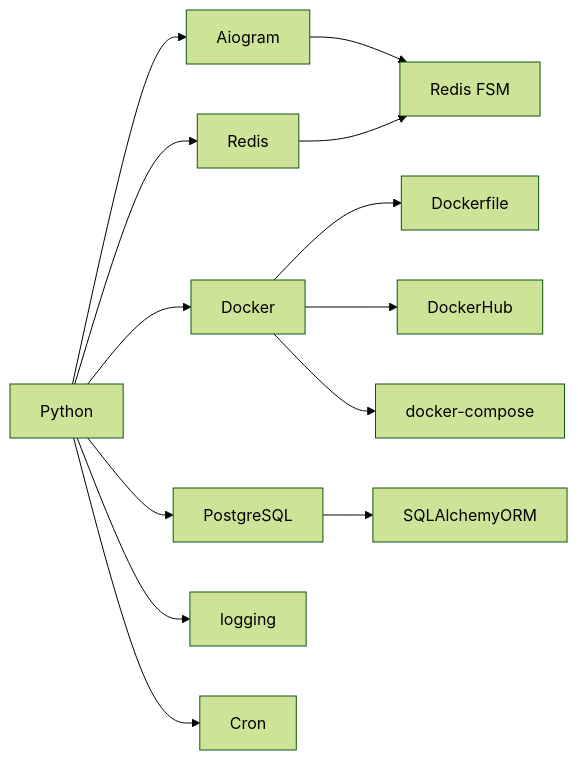
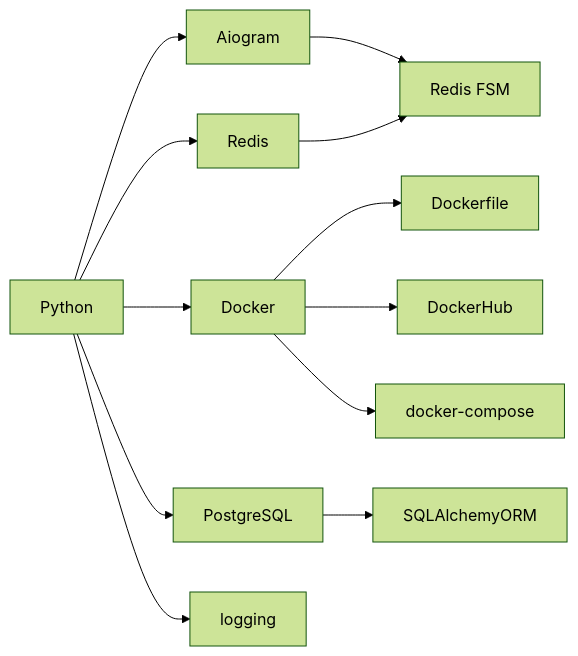
Before and after one commit to nihosprop/nihosprop: the diagram in diagram.mmd, drawn with Mermaid (forest theme).

Commit message:
refactor(diagram): update

```diff
--- a/diagram.mmd
+++ b/diagram.mmd
@@ -1,13 +1,12 @@
 graph LR
     A[Python] --> B[Aiogram]
     B --> BA[Redis FSM]
     C --> BA[Redis FSM]
     A --> C[Redis]
     A --> D[Docker]
     D --> AD[Dockerfile]
     D --> ADA[DockerHub]
     D --> DB[docker-compose]
     A --> E[PostgreSQL]
     E --> AB[SQLAlchemyORM]
     A --> F[logging]
-    A --> G[Cron]
```
